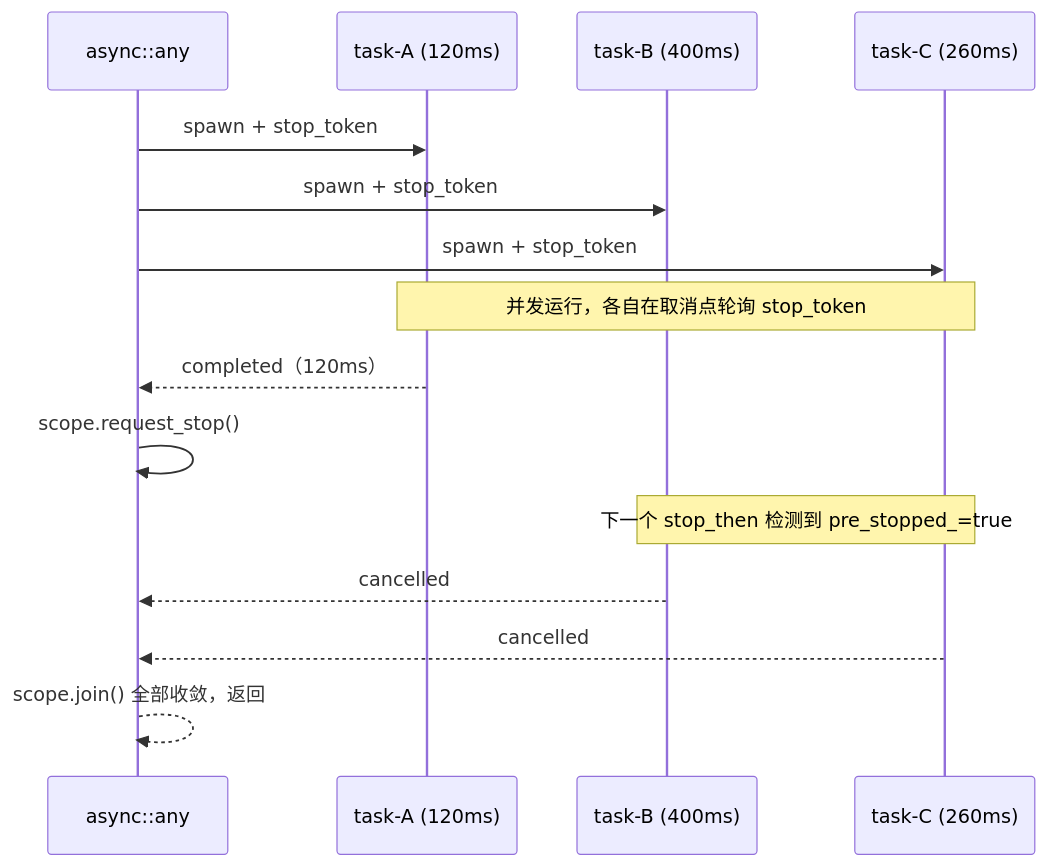
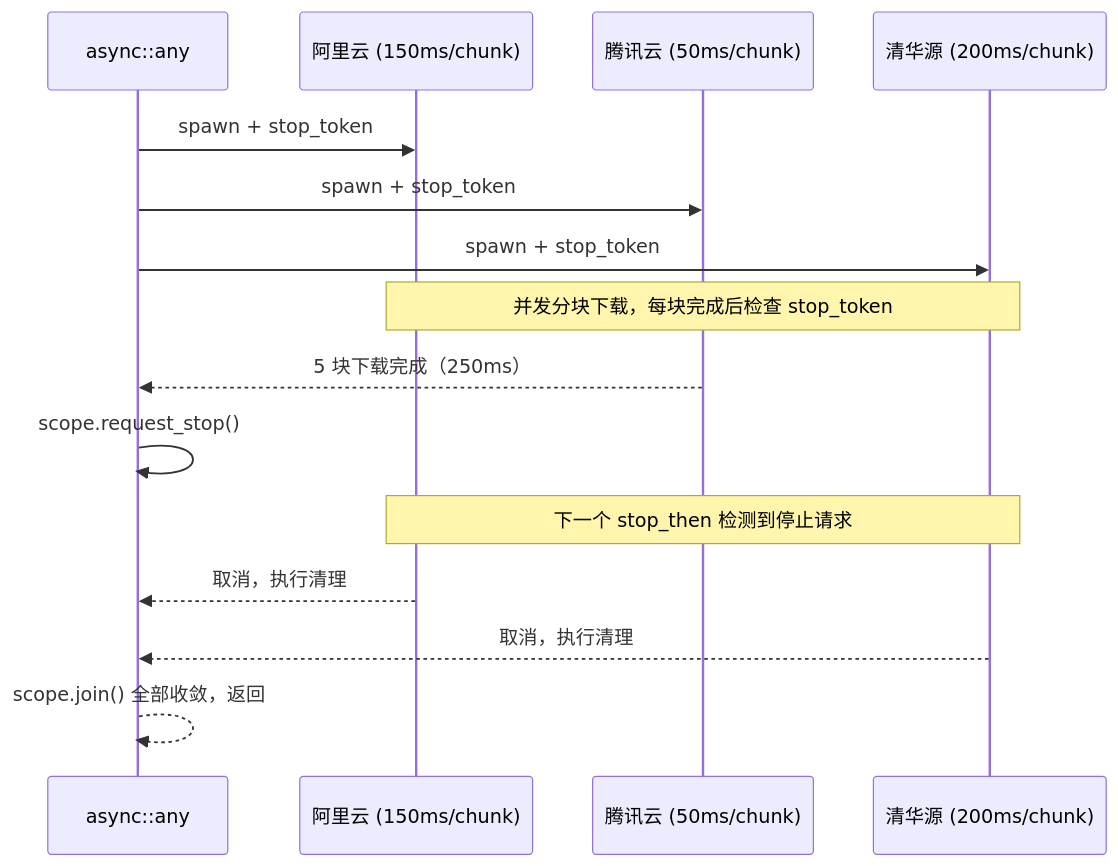
One commit to Doomjustin/blog changed the diagram in docs/tutorial/10_any.md. Above: the diagram before and after it, drawn with Mermaid. The commit also changed other lines of this file and 16 other files, not shown here.

````diff
--- a/docs/tutorial/10_any.md
+++ b/docs/tutorial/10_any.md
@@ -210,22 +85,22 @@
 ```mermaid
 sequenceDiagram
     participant any as async::any
-    participant A as task-A (120ms)
-    participant B as task-B (400ms)
-    participant C as task-C (260ms)
+    participant 阿里 as 阿里云 (150ms/chunk)
+    participant 腾讯 as 腾讯云 (50ms/chunk)
+    participant 清华 as 清华源 (200ms/chunk)
 
-    any->>A: spawn + stop_token
-    any->>B: spawn + stop_token
-    any->>C: spawn + stop_token
+    any->>阿里: spawn + stop_token
+    any->>腾讯: spawn + stop_token
+    any->>清华: spawn + stop_token
 
-    Note over A,C: 并发运行，各自在取消点轮询 stop_token
+    Note over 阿里,清华: 并发分块下载，每块完成后检查 stop_token
 
-    A-->>any: completed（120ms）
+    腾讯-->>any: 5 块下载完成（250ms）
     any->>any: scope.request_stop()
 
-    Note over B,C: 下一个 stop_then 检测到 pre_stopped_=true
-    B-->>any: cancelled
-    C-->>any: cancelled
+    Note over 阿里,清华: 下一个 stop_then 检测到停止请求
+    阿里-->>any: 取消，执行清理
+    清华-->>any: 取消，执行清理
 
     any-->>any: scope.join() 全部收敛，返回
 ```
````
